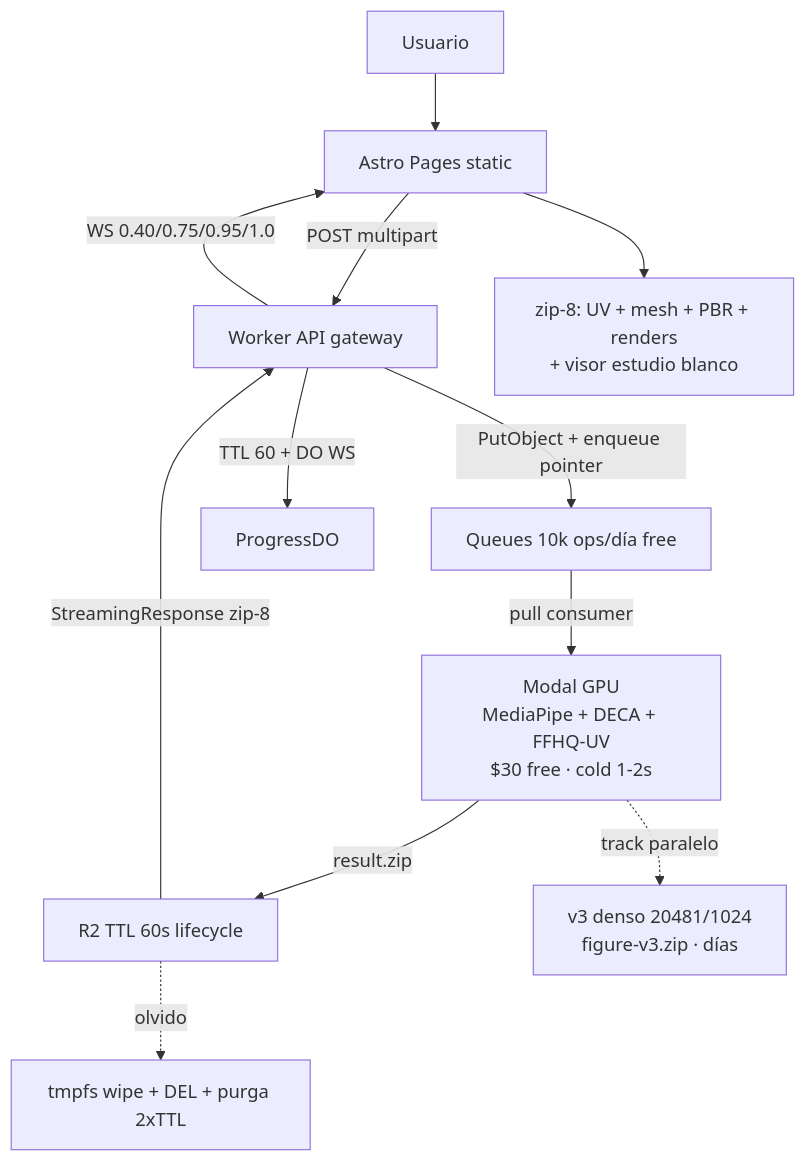
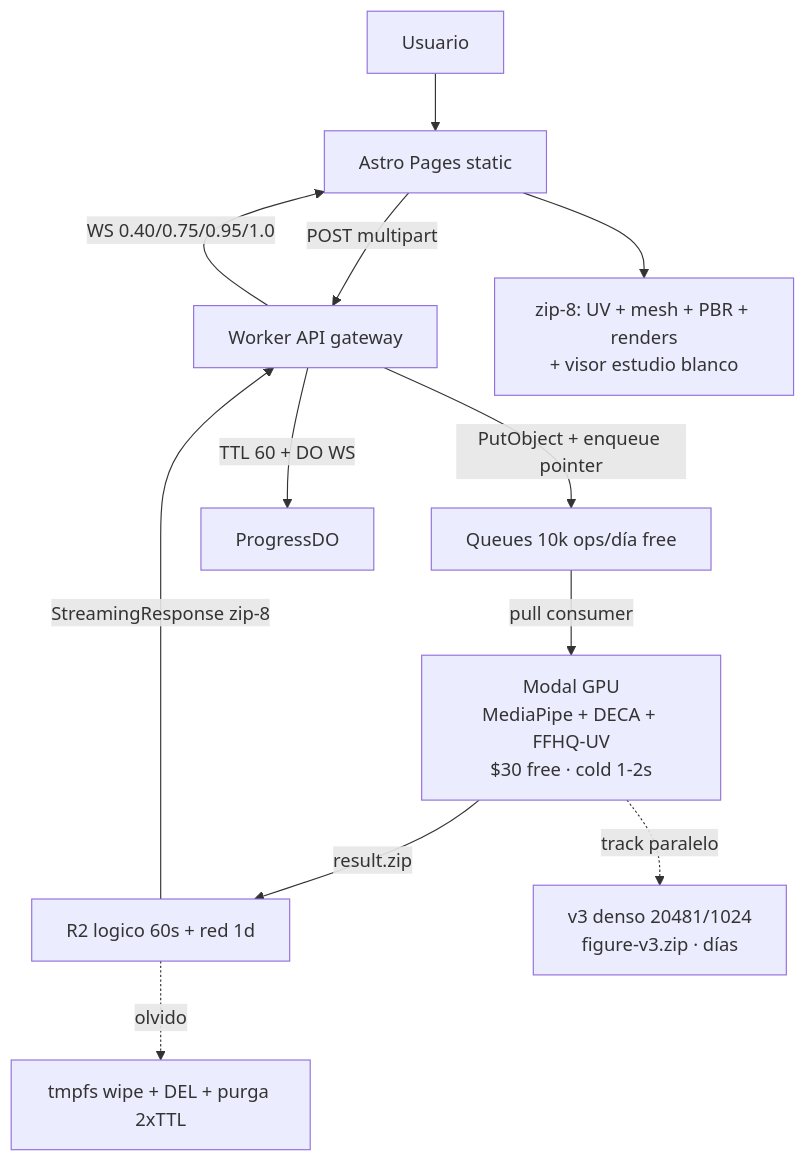
One commit to dinoesau/vultus changed the diagram in ROADMAP.md. Above: the diagram before and after it, drawn with Mermaid. The commit also changed other lines of this file and 10 other files, not shown here.

````diff
--- a/ROADMAP.md
+++ b/ROADMAP.md
@@ -20,14 +20,14 @@
 ```mermaid
 graph TB
     U[Usuario] --> FE[Astro Pages static]
     FE -- POST multipart --> CF[Worker API gateway]
     CF -- PutObject + enqueue pointer --> Q[Queues 10k ops/día free]
     CF -- TTL 60 + DO WS --> DO[ProgressDO]
     Q -- pull consumer --> MO[Modal GPU<br/>MediaPipe + DECA + FFHQ-UV<br/>$30 free · cold 1-2s]
-    MO -- result.zip --> R2[R2 TTL 60s lifecycle]
+    MO -- result.zip --> R2[R2 logico 60s + red 1d]
     R2 -- StreamingResponse zip-8 --> CF
     CF -- WS 0.40/0.75/0.95/1.0 --> FE
     FE --> DL[zip-8: UV + mesh + PBR + renders<br/>+ visor estudio blanco]
     R2 -. olvido .-> X[tmpfs wipe + DEL + purga 2xTTL]
     MO -. track paralelo .-> V3[v3 denso 20481/1024<br/>figure-v3.zip · días]
 ```
````
